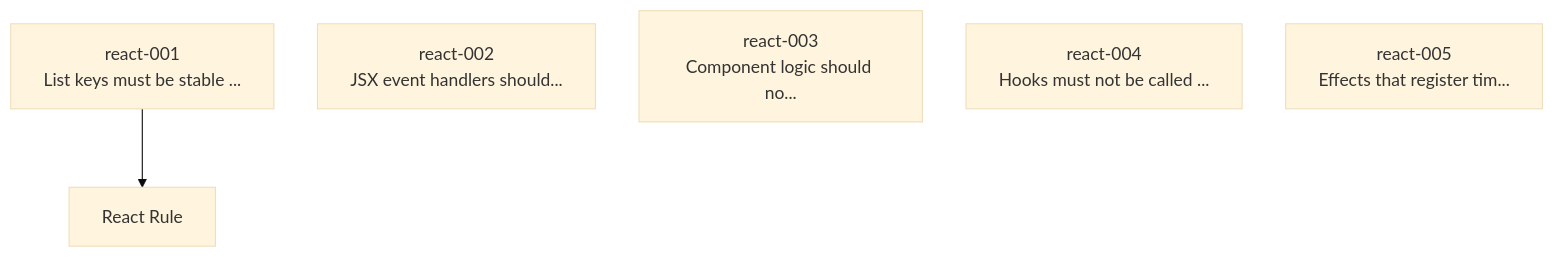
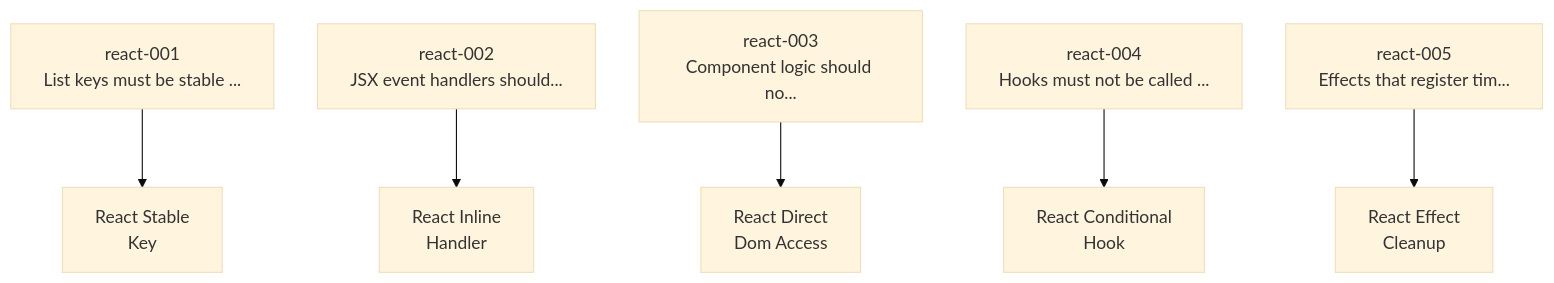
The first of 4 diagrams in docs/user-guide/frameworks/react.md (Anselmoo/mcp-zen-of-languages), drawn with Mermaid before and after one commit. The commit also changed other lines of this file and 41 other files, not shown here.

````diff
--- a/docs/user-guide/frameworks/react.md
+++ b/docs/user-guide/frameworks/react.md
@@ -120,11 +134,19 @@
     ```mermaid
     %%{init: {"theme": "base", "flowchart": {"useMaxWidth": false, "htmlLabels": true, "nodeSpacing": 40, "rankSpacing": 60}}}%%
     graph TD
     react_001["react-001<br/>List keys must be stable ..."]
     react_002["react-002<br/>JSX event handlers should..."]
     react_003["react-003<br/>Component logic should no..."]
     react_004["react-004<br/>Hooks must not be called ..."]
     react_005["react-005<br/>Effects that register tim..."]
-    det_ReactRuleDetector["React Rule"]
-    react_001 --> det_ReactRuleDetector
+    det_ReactConditionalHookDetector["React Conditional<br/>Hook"]
+    react_004 --> det_ReactConditionalHookDetector
+    det_ReactDirectDomAccessDetector["React Direct<br/>Dom Access"]
+    react_003 --> det_ReactDirectDomAccessDetector
+    det_ReactEffectCleanupDetector["React Effect<br/>Cleanup"]
+    react_005 --> det_ReactEffectCleanupDetector
+    det_ReactInlineHandlerDetector["React Inline<br/>Handler"]
+    react_002 --> det_ReactInlineHandlerDetector
+    det_ReactStableKeyDetector["React Stable<br/>Key"]
+    react_001 --> det_ReactStableKeyDetector
     ```
````
